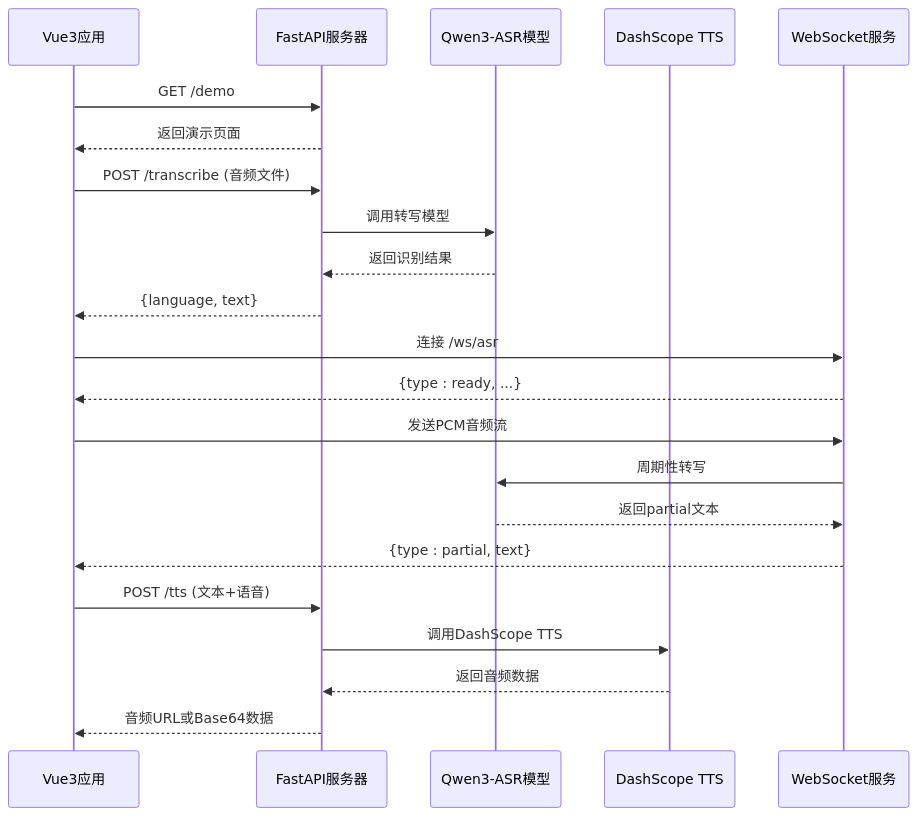
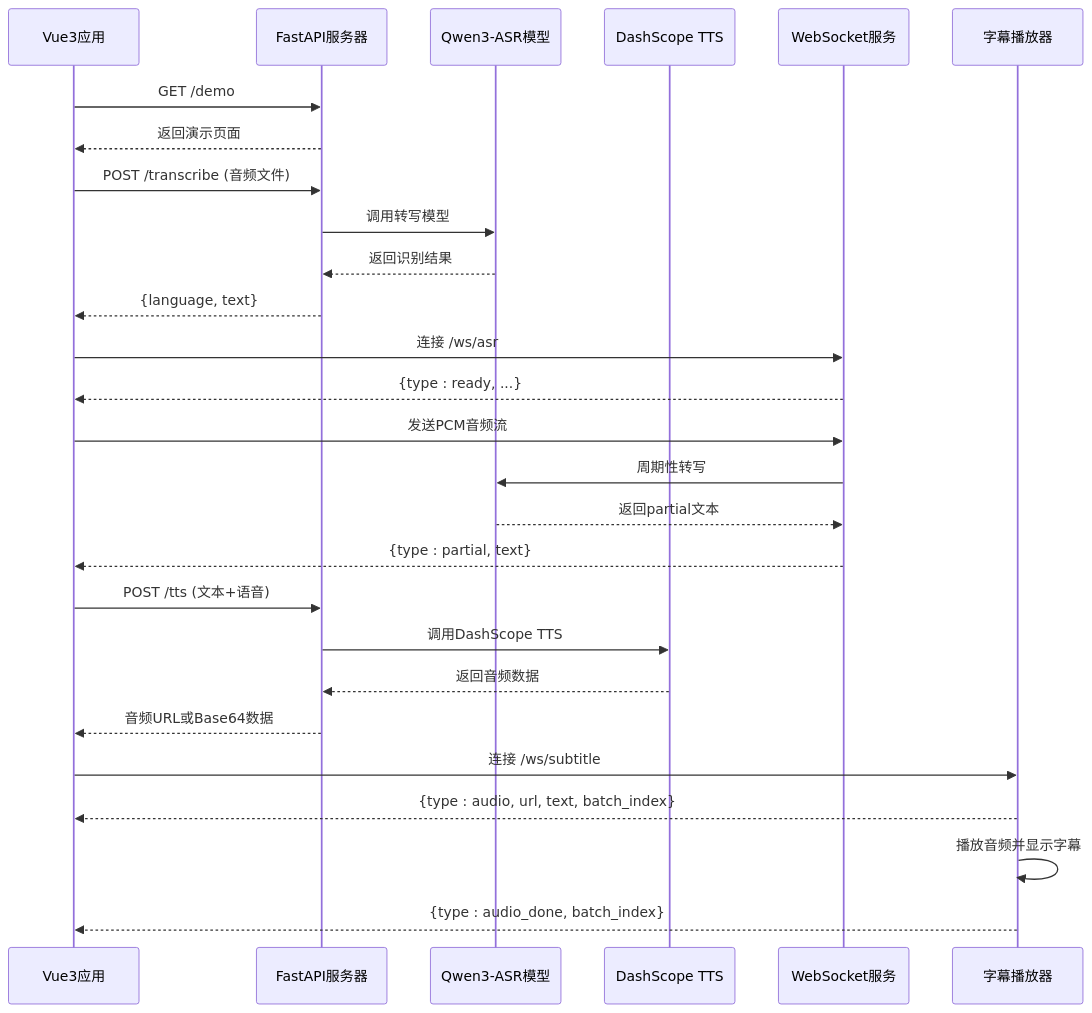
The second of 10 diagrams in .qoder/repowiki/zh/content/前端组件集成/API集成指南.md (1024dashen/Vue3Speech), drawn with Mermaid before and after one commit. The commit also changed other lines of this file and 7 other files, not shown here.

````diff
--- a/.qoder/repowiki/zh/content/前端组件集成/API集成指南.md
+++ b/.qoder/repowiki/zh/content/前端组件集成/API集成指南.md
@@ -93,24 +114,29 @@
 ```mermaid
 sequenceDiagram
 participant Client as Vue3应用
 participant API as FastAPI服务器
 participant ASR as Qwen3-ASR模型
 participant TTS as DashScope TTS
 participant WebSocket as WebSocket服务
+participant SubtitlePlayer as 字幕播放器
 Client->>API : GET /demo
 API-->>Client : 返回演示页面
 Client->>API : POST /transcribe (音频文件)
 API->>ASR : 调用转写模型
 ASR-->>API : 返回识别结果
 API-->>Client : {language, text}
 Client->>WebSocket : 连接 /ws/asr
 WebSocket-->>Client : {type : ready, ...}
 Client->>WebSocket : 发送PCM音频流
 WebSocket->>ASR : 周期性转写
 ASR-->>WebSocket : 返回partial文本
 WebSocket-->>Client : {type : partial, text}
 Client->>API : POST /tts (文本+语音)
 API->>TTS : 调用DashScope TTS
 TTS-->>API : 返回音频数据
 API-->>Client : 音频URL或Base64数据
+Client->>SubtitlePlayer : 连接 /ws/subtitle
+SubtitlePlayer-->>Client : {type : audio, url, text, batch_index}
+SubtitlePlayer->>SubtitlePlayer : 播放音频并显示字幕
+SubtitlePlayer-->>Client : {type : audio_done, batch_index}
 ```
````
